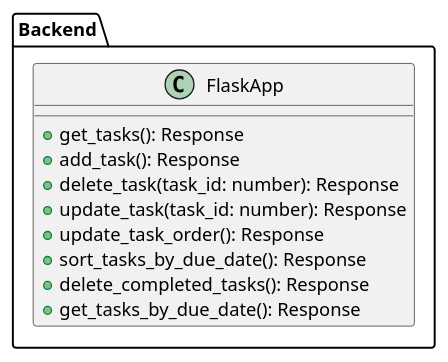
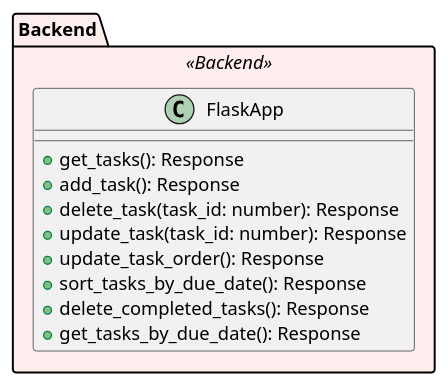
Before and after one commit to Takayuki-Suda/nuxt-todo-app-document: the first of 4 diagrams in docs/puml/TaskClassDiagram.puml, drawn with PlantUML. The commit also changed other lines of this file and 4 other files, not shown here.

First line of the commit message:
feat: クラス図に色を追加し、視覚的に見やすくしました

```diff
--- a/docs/puml/TaskClassDiagram.puml
+++ b/docs/puml/TaskClassDiagram.puml
@@ -1,14 +1,19 @@
 @startuml
-package "Backend" {
+skinparam package {
+  BackgroundColor<<Backend>> #FFEEEE
+  BackgroundColor<<Types>> #EEFFEE
+}
+
+package "Backend" <<Backend>> {
   class FlaskApp {
     + get_tasks(): Response
     + add_task(): Response
     + delete_task(task_id: number): Response
     + update_task(task_id: number): Response
     + update_task_order(): Response
     + sort_tasks_by_due_date(): Response
     + delete_completed_tasks(): Response
     + get_tasks_by_due_date(): Response
   }
 }
 @enduml
```
